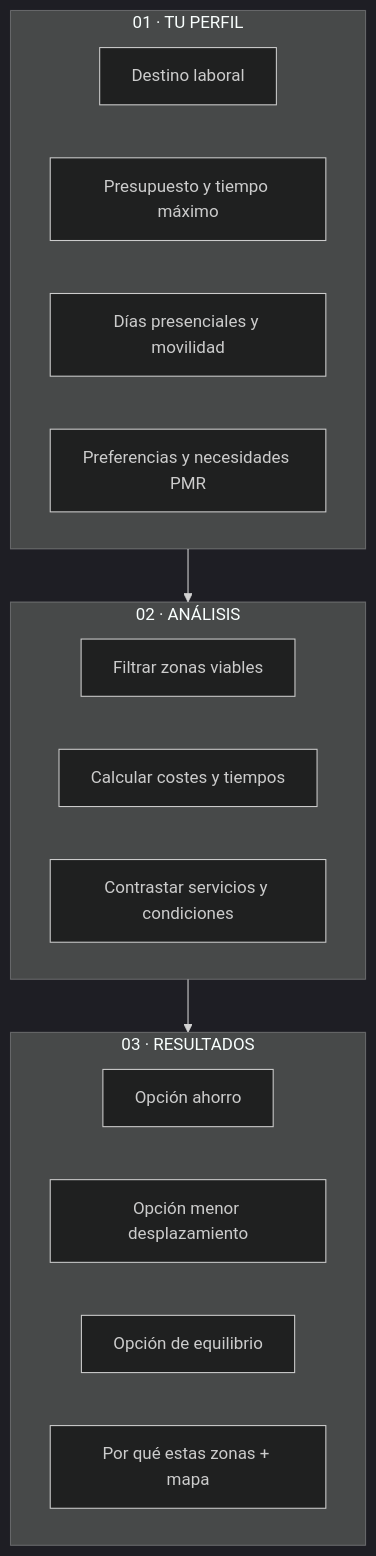
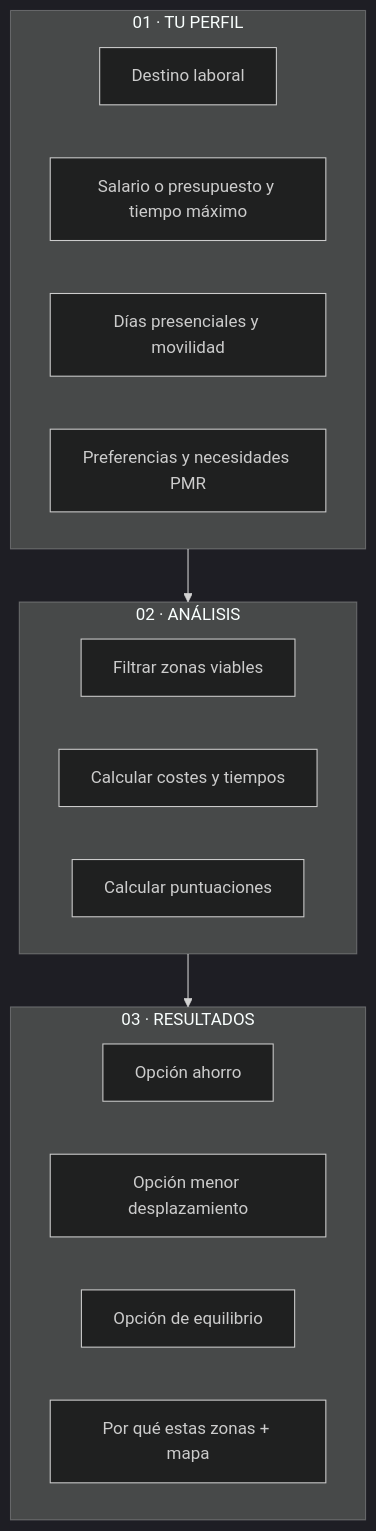
The second of 3 diagrams in README.md (byanagarez/propuesta-DATAMAD26), drawn with Mermaid (dark theme) before and after one commit. The commit also changed other lines of this file, not shown here.

First line of the commit message:
Enhance README with scoring criteria and user flow

````diff
--- a/README.md
+++ b/README.md
@@ -61,21 +81,21 @@
 ```mermaid
 flowchart TB
     subgraph S1[01 · TU PERFIL]
       A1[Destino laboral]
-      A2[Presupuesto y tiempo máximo]
+      A2[Salario o presupuesto y tiempo máximo]
       A3[Días presenciales y movilidad]
       A4[Preferencias y necesidades PMR]
     end
     subgraph S2[02 · ANÁLISIS]
       B1[Filtrar zonas viables]
       B2[Calcular costes y tiempos]
-      B3[Contrastar servicios y condiciones]
+      B3[Calcular puntuaciones]
     end
     subgraph S3[03 · RESULTADOS]
       C1[Opción ahorro]
       C2[Opción menor desplazamiento]
       C3[Opción de equilibrio]
       C4[Por qué estas zonas + mapa]
     end
     S1 --> S2 --> S3
 ```
````
